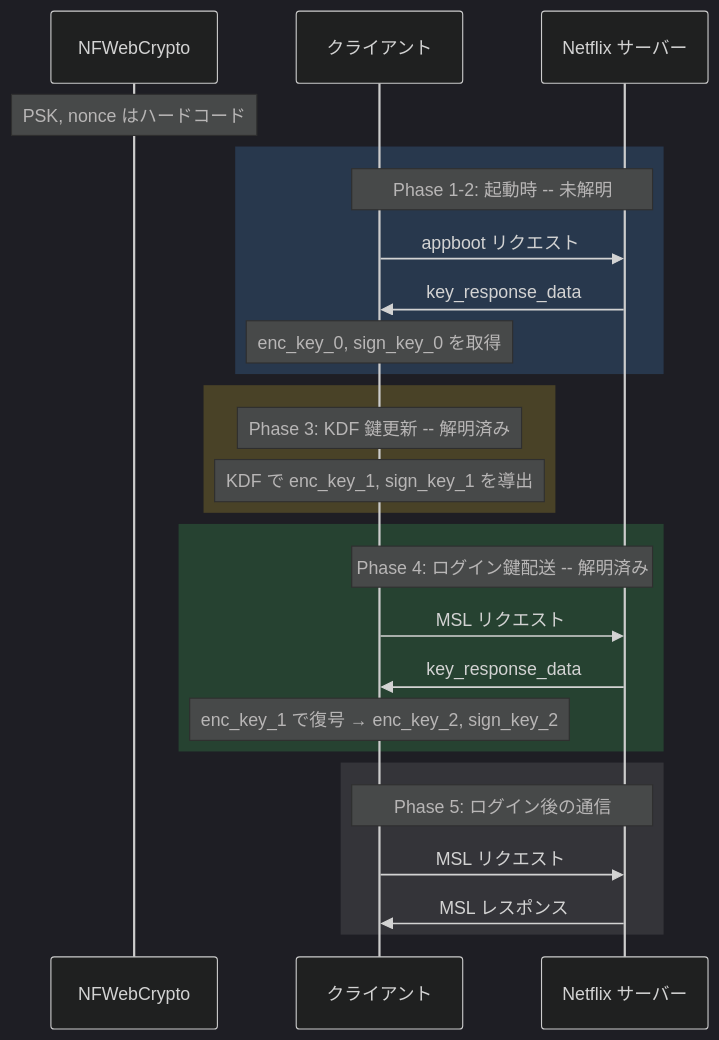
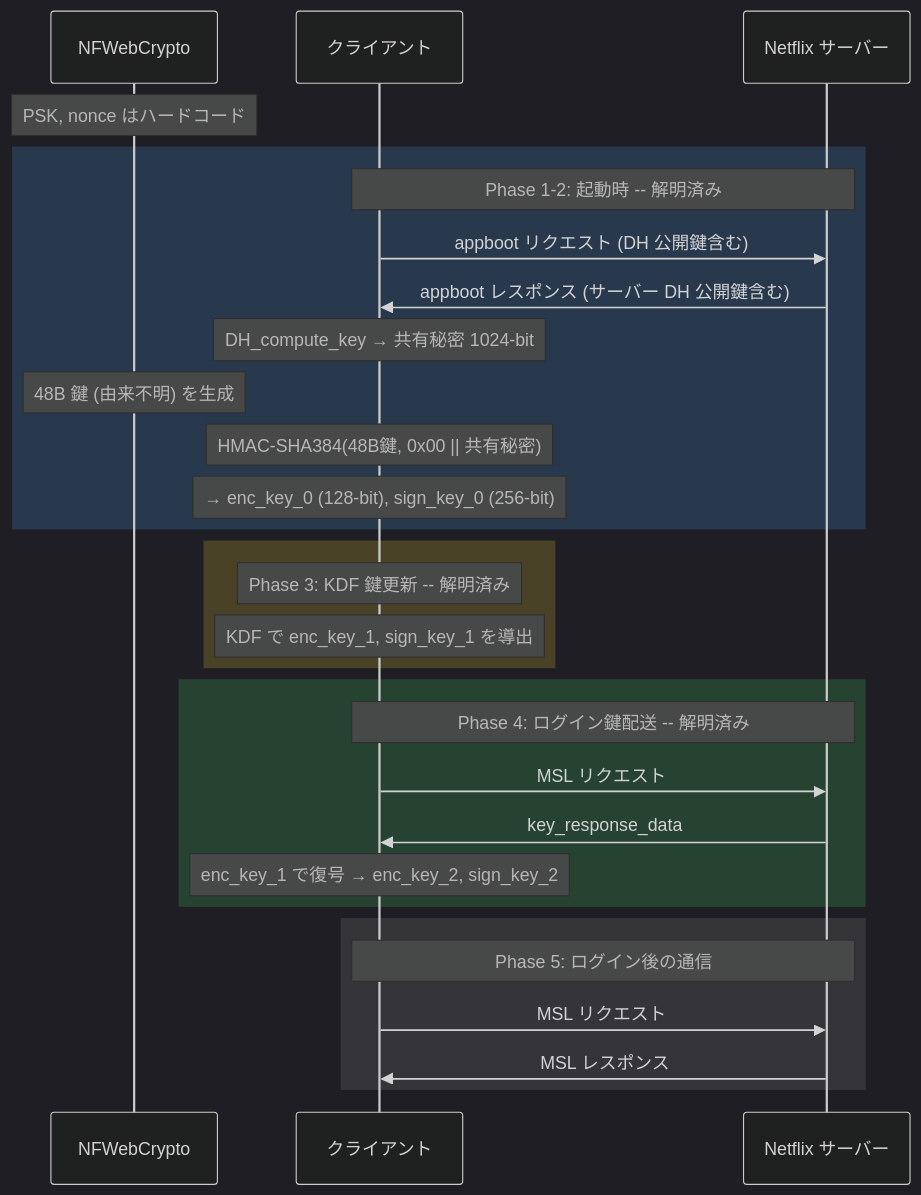
The second of 5 diagrams in docs/spec/msl_key_relationship.md (qtmleap/revkit), drawn with Mermaid before and after one commit. The commit also changed other lines of this file, not shown here.

First line of the commit message:
docs(spec): 鍵関係図に Phase 2 KDF 解明結果と由来不明の 48B 鍵を反映

````diff
--- a/docs/spec/msl_key_relationship.md
+++ b/docs/spec/msl_key_relationship.md
@@ -109,34 +110,37 @@
 ```mermaid
 %%{init: {'theme': 'dark'}}%%
 sequenceDiagram
     participant B as NFWebCrypto
     participant C as クライアント
     participant S as Netflix サーバー
 
     Note over B: PSK, nonce はハードコード
 
     rect rgba(70, 130, 200, 0.25)
-    Note over C,S: Phase 1-2: 起動時 -- 未解明
-    C->>S: appboot リクエスト
-    S->>C: key_response_data
-    Note over C: enc_key_0, sign_key_0 を取得
+    Note over C,S: Phase 1-2: 起動時 -- 解明済み
+    C->>S: appboot リクエスト (DH 公開鍵含む)
+    S->>C: appboot レスポンス (サーバー DH 公開鍵含む)
+    Note over C: DH_compute_key → 共有秘密 1024-bit
+    Note over B: 48B 鍵 (由来不明) を生成
+    Note over C: HMAC-SHA384(48B鍵, 0x00 || 共有秘密)
+    Note over C: → enc_key_0 (128-bit), sign_key_0 (256-bit)
     end
 
     rect rgba(200, 170, 50, 0.25)
     Note over C: Phase 3: KDF 鍵更新 -- 解明済み
     Note over C: KDF で enc_key_1, sign_key_1 を導出
     end
 
     rect rgba(60, 170, 90, 0.25)
     Note over C,S: Phase 4: ログイン鍵配送 -- 解明済み
     C->>S: MSL リクエスト
     S->>C: key_response_data
     Note over C: enc_key_1 で復号 → enc_key_2, sign_key_2
     end
 
     rect rgba(140, 140, 140, 0.2)
     Note over C,S: Phase 5: ログイン後の通信
     C->>S: MSL リクエスト
     S->>C: MSL レスポンス
     end
 ```
````
